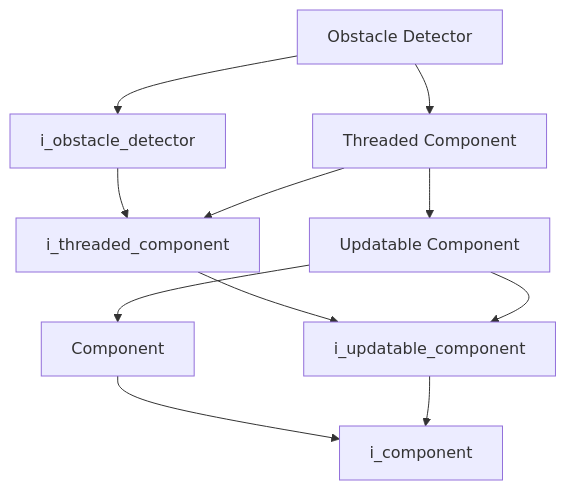
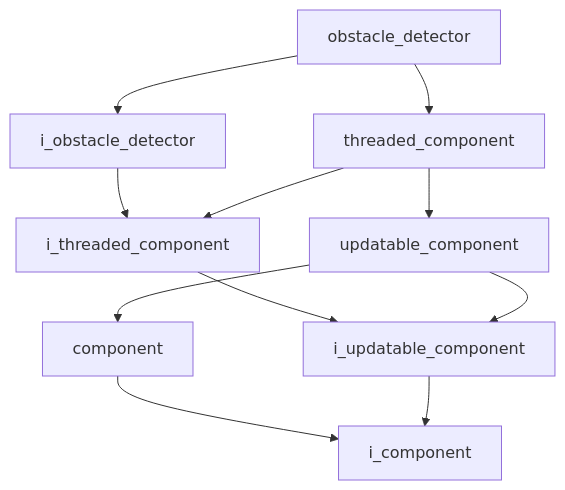
The first of 2 diagrams in docs/codebase/namespaces/vision/implementation/detection/obstacle_detector.md (kasper-szczerba/autonomous_control_system_wiki), drawn with Mermaid before and after one commit. The commit also changed other lines of this file and 41 other files, not shown here.

````diff
--- a/docs/codebase/namespaces/vision/implementation/detection/obstacle_detector.md
+++ b/docs/codebase/namespaces/vision/implementation/detection/obstacle_detector.md
@@ -15,14 +15,14 @@
 ```mermaid
 graph TD
-    obstacle_detector["Obstacle Detector"]
-    component["Component"] --> i_component["i_component"]
+    obstacle_detector["obstacle_detector"]
+    component["component"] --> i_component["i_component"]
     i_obstacle_detector["i_obstacle_detector"] --> i_threaded_component["i_threaded_component"]
     i_threaded_component["i_threaded_component"] --> i_updatable_component["i_updatable_component"]
     i_updatable_component["i_updatable_component"] --> i_component["i_component"]
-    obstacle_detector["Obstacle Detector"] --> i_obstacle_detector["i_obstacle_detector"]
-    obstacle_detector["Obstacle Detector"] --> threaded_component["Threaded Component"]
-    threaded_component["Threaded Component"] --> i_threaded_component["i_threaded_component"]
-    threaded_component["Threaded Component"] --> updatable_component["Updatable Component"]
-    updatable_component["Updatable Component"] --> component["Component"]
-    updatable_component["Updatable Component"] --> i_updatable_component["i_updatable_component"]
+    obstacle_detector["obstacle_detector"] --> i_obstacle_detector["i_obstacle_detector"]
+    obstacle_detector["obstacle_detector"] --> threaded_component["threaded_component"]
+    threaded_component["threaded_component"] --> i_threaded_component["i_threaded_component"]
+    threaded_component["threaded_component"] --> updatable_component["updatable_component"]
+    updatable_component["updatable_component"] --> component["component"]
+    updatable_component["updatable_component"] --> i_updatable_component["i_updatable_component"]
 ```
````
